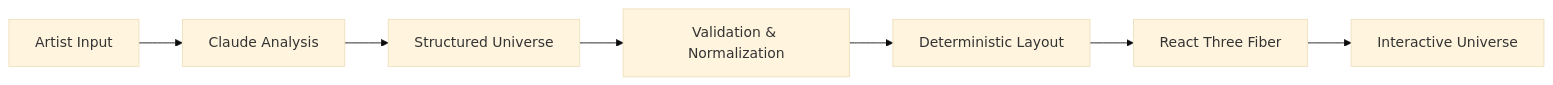
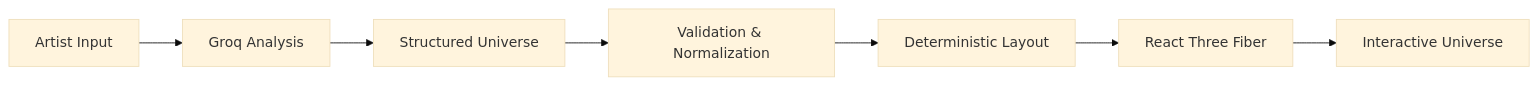
Before and after one commit to Aaryan-Sharma-5/sonora: the diagram in README.md, drawn with Mermaid (base theme). The commit also changed other lines of this file and 9 other files, not shown here.

Commit message:
migrated AI integration from Anthropic Claude to Groq API.

````diff
--- a/README.md
+++ b/README.md
@@ -40,9 +40,9 @@
 ```mermaid
 flowchart LR
-    A[Artist Input] --> B[Claude Analysis]
+    A[Artist Input] --> B[Groq Analysis]
     B --> C[Structured Universe]
     C --> D[Validation & Normalization]
     D --> E[Deterministic Layout]
     E --> F[React Three Fiber]
     F --> G[Interactive Universe]
 ```
````
